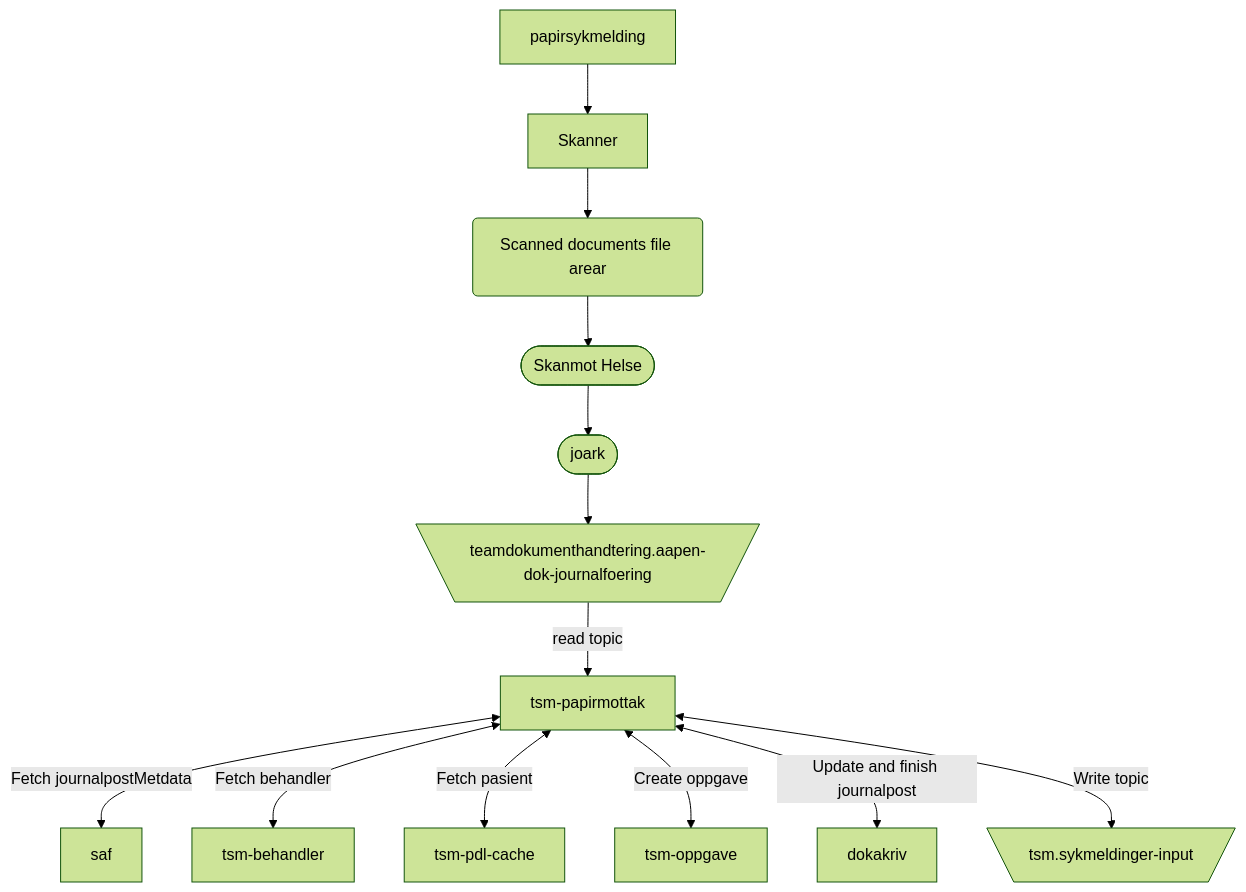
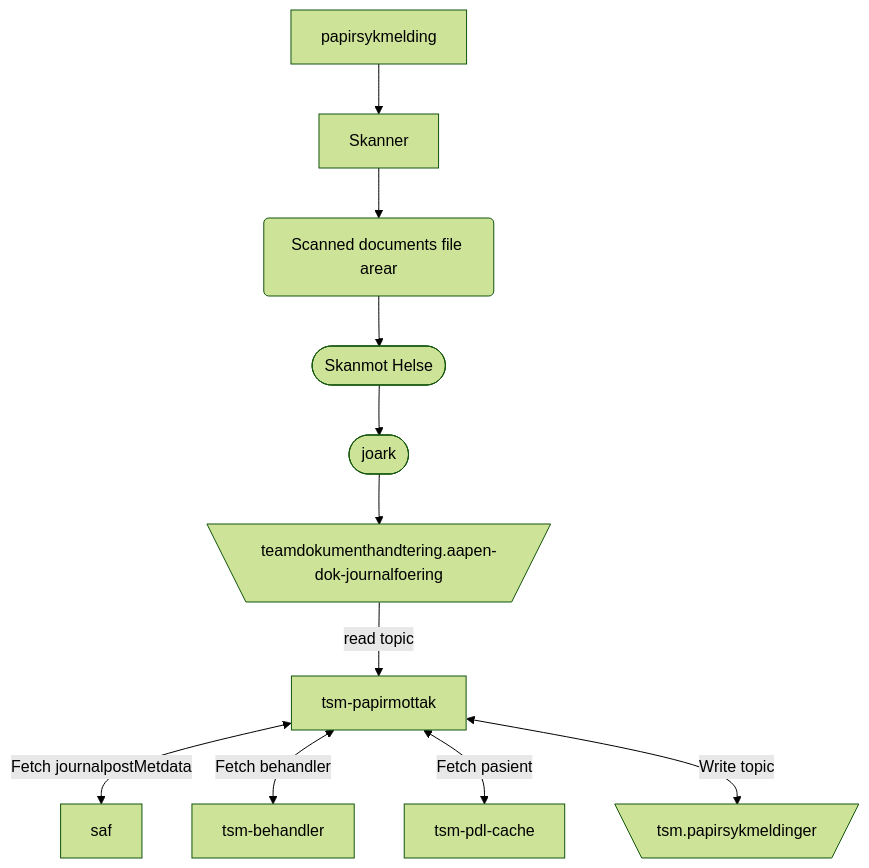
The diagram in README.md (navikt/tsm-papirmottak), drawn with Mermaid (forest theme) before and after one commit. The commit also changed 1 other file, not shown here.

Commit message:
chore: updated FlowChart and fetch utenlandsk

````diff
--- a/README.md
+++ b/README.md
@@ -7,16 +7,14 @@
 ```mermaid
   graph TD
     papirsykmelding --> Skanner
     Skanner --> id1(Scanned documents file area)
     id1(Scanned documents file arear) --> id2([Skanmot Helse])
     id2([Skanmot Helse]) --> id3([joark])
     id3([joark]) --> A[\teamdokumenthandtering.aapen-dok-journalfoering/]
     A[\teamdokumenthandtering.aapen-dok-journalfoering/] --> |read topic| id4[tsm-papirmottak]
     id4[tsm-papirmottak] <--> |Fetch journalpostMetdata| id5[saf]
     id4[tsm-papirmottak] <--> |Fetch behandler| id6[tsm-behandler]
     id4[tsm-papirmottak] <--> |Fetch pasient| id7[tsm-pdl-cache]
-    id4[tsm-papirmottak] <--> |Create oppgave| id8[tsm-oppgave]
-    id4[tsm-papirmottak] <--> |Update and finish journalpost| id10[dokakriv]
-    id4[tsm-papirmottak] <--> |Write topic| C[\tsm.sykmeldinger-input
+    id4[tsm-papirmottak] <--> |Write topic| C[\tsm.papirsykmeldinger
 /]
 ```
````
